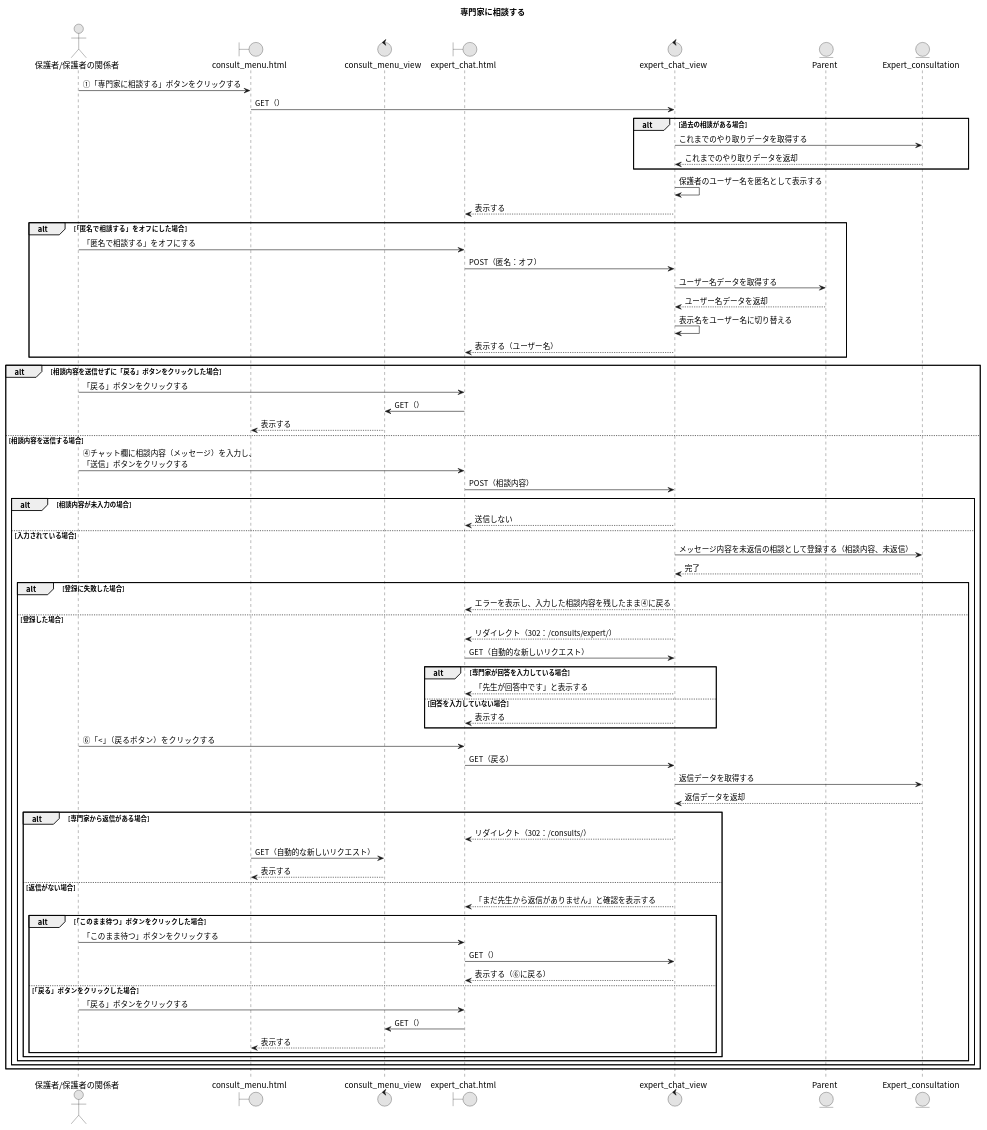
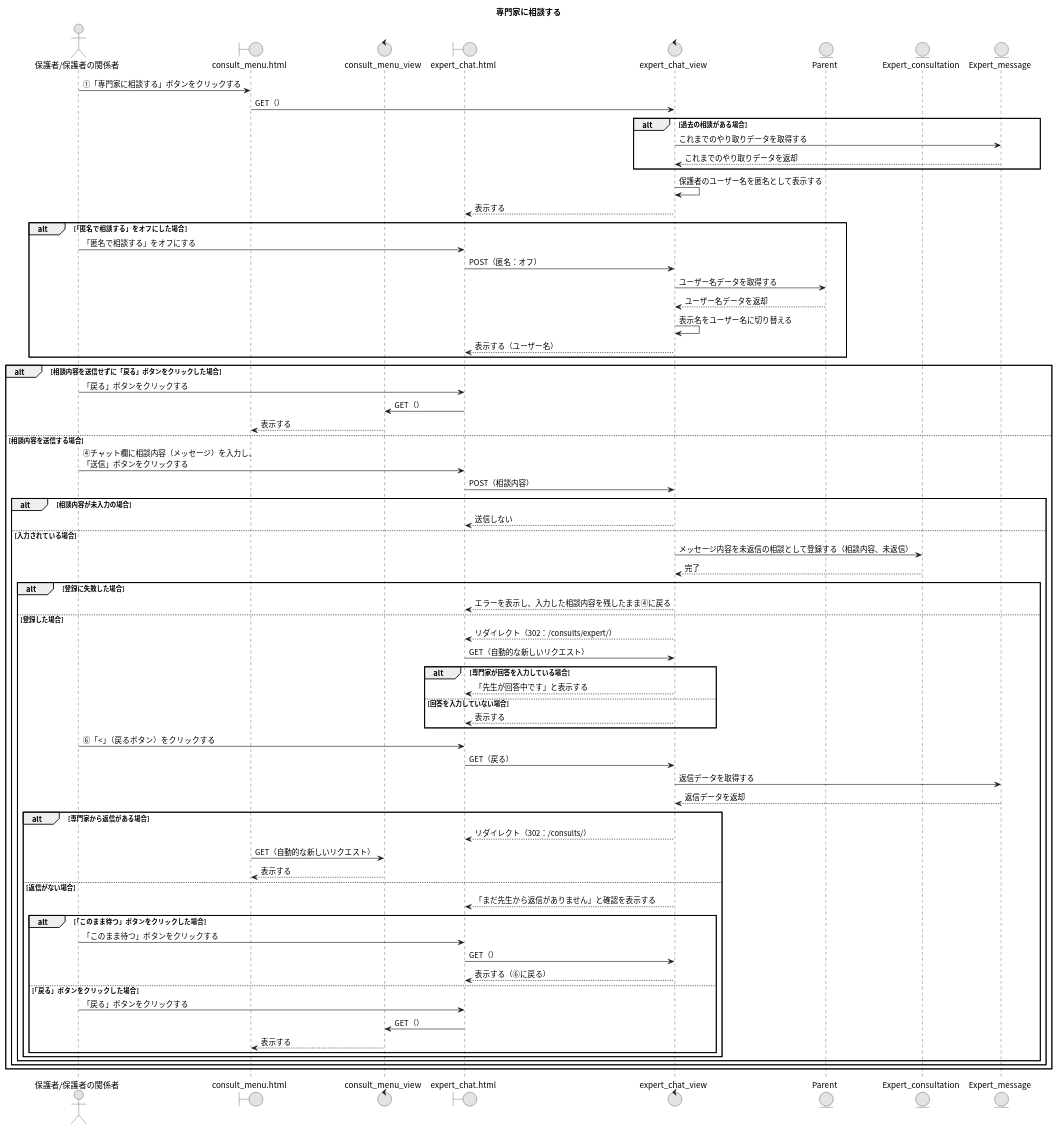
The diagram in 10_専門家に相談する.puml (Ma2naga190330/26_sotugyou_puml), drawn with PlantUML before and after one commit. The commit also changed 1 other file, not shown here.

```diff
--- a/10_専門家に相談する.puml
+++ b/10_専門家に相談する.puml
@@ -1,78 +1,79 @@
 @startuml
 title 専門家に相談する
 skinparam defaultFontName "Noto Sans CJK JP"
 skinparam monochrome true
 
 actor "保護者/保護者の関係者" as A
 boundary "consult_menu.html" as CMP
 control "consult_menu_view" as CMV
 boundary "expert_chat.html" as ECP
 control "expert_chat_view" as ECV
 entity "Parent" as UM
 entity "Expert_consultation" as ECSM
+entity "Expert_message" as EMEM
 
 A -> CMP : ①「専門家に相談する」ボタンをクリックする
 CMP -> ECV : GET（）
 alt 過去の相談がある場合
-  ECV -> ECSM : これまでのやり取りデータを取得する
-  ECV <-- ECSM : これまでのやり取りデータを返却
+  ECV -> EMEM : これまでのやり取りデータを取得する
+  ECV <-- EMEM : これまでのやり取りデータを返却
 end
 ECV -> ECV : 保護者のユーザー名を匿名として表示する
 ECV --> ECP : 表示する
 
 alt 「匿名で相談する」をオフにした場合
   A -> ECP : 「匿名で相談する」をオフにする
   ECP -> ECV : POST（匿名：オフ）
   ECV -> UM : ユーザー名データを取得する
   ECV <-- UM : ユーザー名データを返却
   ECV -> ECV : 表示名をユーザー名に切り替える
   ECV --> ECP : 表示する（ユーザー名）
 end
 
 alt 相談内容を送信せずに「戻る」ボタンをクリックした場合
   A -> ECP : 「戻る」ボタンをクリックする
   ECP -> CMV : GET（）
   CMV --> CMP : 表示する
 else 相談内容を送信する場合
   A -> ECP : ④チャット欄に相談内容（メッセージ）を入力し、\n「送信」ボタンをクリックする
   ECP -> ECV : POST（相談内容）
   alt 相談内容が未入力の場合
     ECV --> ECP : 送信しない
   else 入力されている場合
     ECV -> ECSM : メッセージ内容を未返信の相談として登録する（相談内容、未返信）
     ECV <-- ECSM : 完了
     alt 登録に失敗した場合
       ECV --> ECP : エラーを表示し、入力した相談内容を残したまま④に戻る
     else 登録した場合
       ECV --> ECP : リダイレクト（302：/consults/expert/）
       ECP -> ECV : GET（自動的な新しいリクエスト）
       alt 専門家が回答を入力している場合
         ECV --> ECP : 「先生が回答中です」と表示する
       else 回答を入力していない場合
         ECV --> ECP : 表示する
       end
 
       A -> ECP : ⑥「<」（戻るボタン）をクリックする
       ECP -> ECV : GET（戻る）
-      ECV -> ECSM : 返信データを取得する
-      ECV <-- ECSM : 返信データを返却
+      ECV -> EMEM : 返信データを取得する
+      ECV <-- EMEM : 返信データを返却
       alt 専門家から返信がある場合
         ECV --> ECP : リダイレクト（302：/consults/）
         CMP -> CMV : GET（自動的な新しいリクエスト）
         CMV --> CMP : 表示する
       else 返信がない場合
         ECV --> ECP : 「まだ先生から返信がありません」と確認を表示する
         alt 「このまま待つ」ボタンをクリックした場合
           A -> ECP : 「このまま待つ」ボタンをクリックする
           ECP -> ECV : GET（）
           ECV --> ECP : 表示する（⑥に戻る）
         else 「戻る」ボタンをクリックした場合
           A -> ECP : 「戻る」ボタンをクリックする
           ECP -> CMV : GET（）
           CMV --> CMP : 表示する
         end
       end
     end
   end
 end
 @enduml
```
